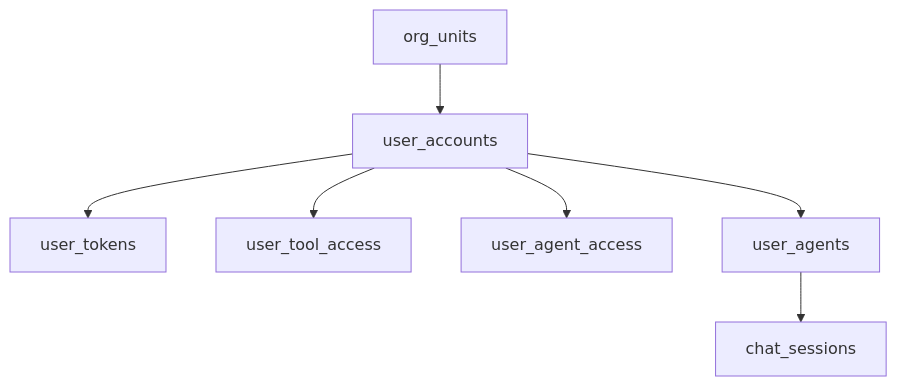
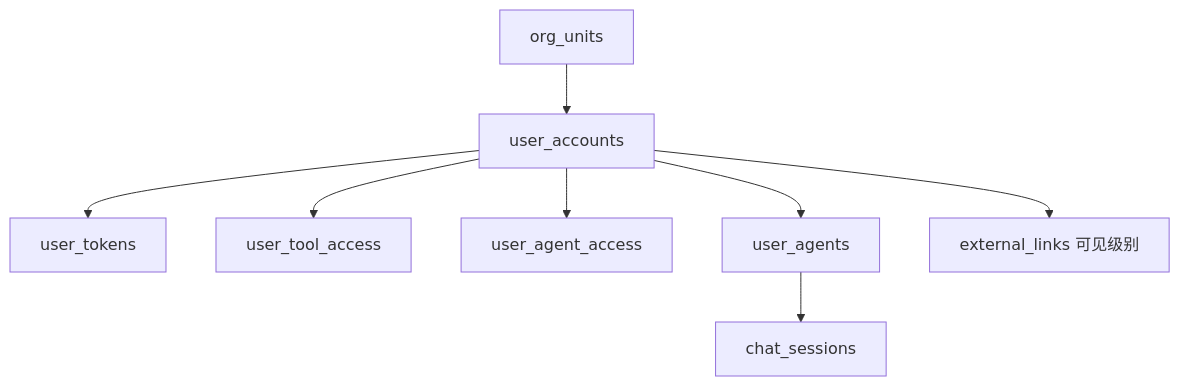
One commit to ylsdamxssjxxdd/wunder changed the third of 5 diagrams in docs/数据库设计.md. Above: the diagram before and after it, drawn with Mermaid. The commit also changed other lines of this file and 20 other files, not shown here.

````diff
--- a/docs/数据库设计.md
+++ b/docs/数据库设计.md
@@ -77,9 +332,10 @@
 ```mermaid
 flowchart TB
   OU[org_units] --> UA[user_accounts]
-  UA[user_accounts] --> UT[user_tokens]
+  UA --> UT[user_tokens]
   UA --> UTA[user_tool_access]
   UA --> UAA[user_agent_access]
   UA --> UAG[user_agents]
+  UA --> EXT[external_links 可见级别]
   UAG --> CS[chat_sessions]
 ```
````
